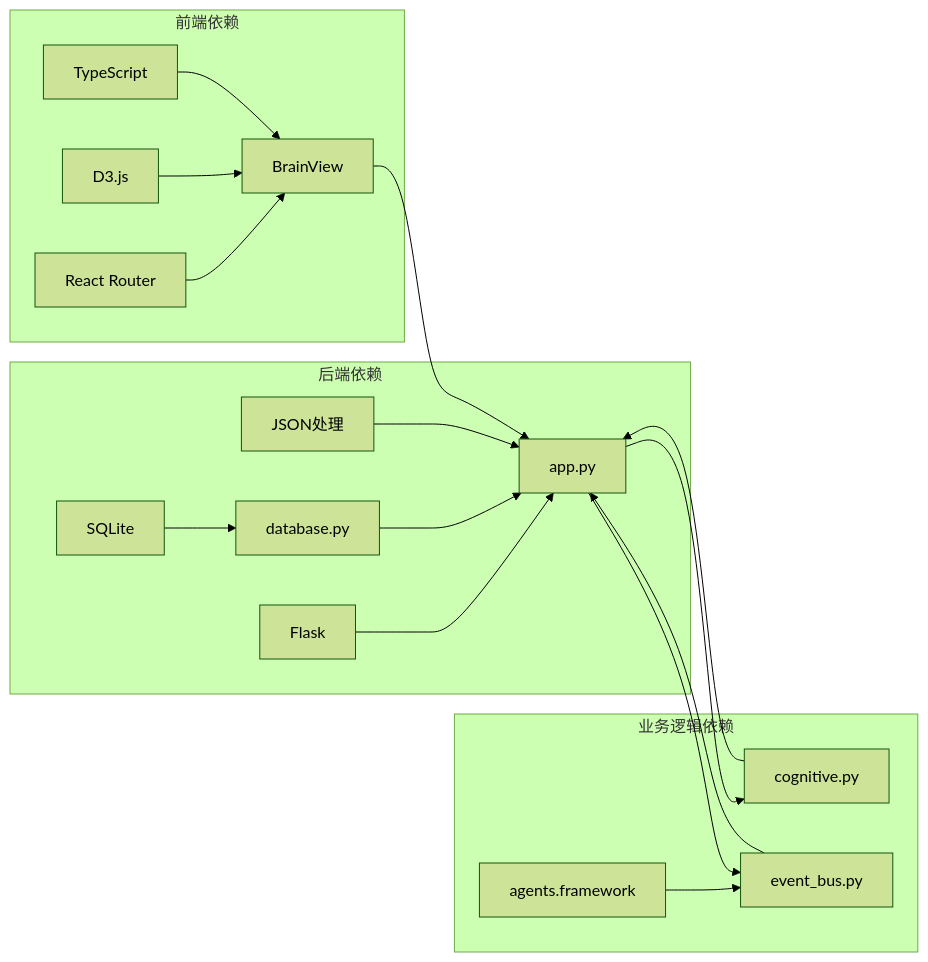
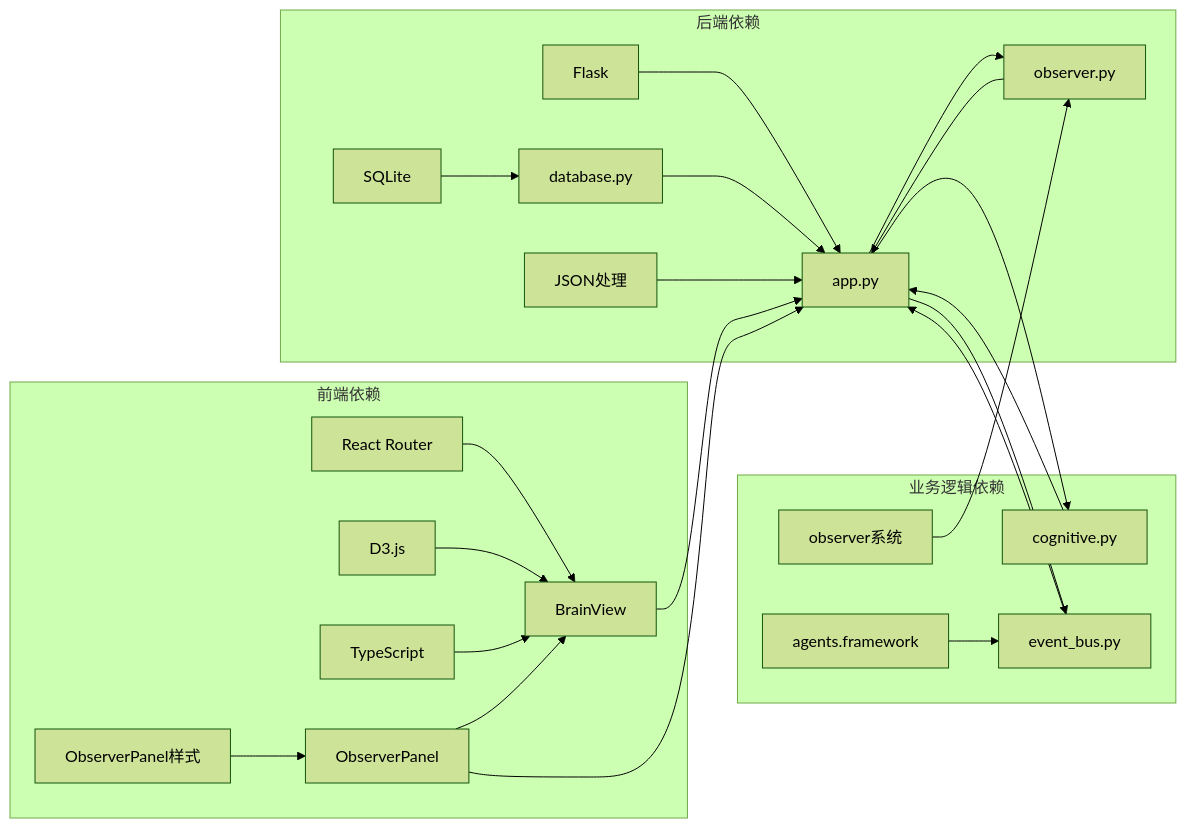
Before and after one commit to GDY-ai/ainstein: the seventh of 7 diagrams in .qoder/repowiki/zh/content/前端应用/知识图谱可视化.md, drawn with Mermaid (forest theme). The commit also changed other lines of this file and 19 other files, not shown here.

````diff
--- a/.qoder/repowiki/zh/content/前端应用/知识图谱可视化.md
+++ b/.qoder/repowiki/zh/content/前端应用/知识图谱可视化.md
@@ -259,22 +340,28 @@
 ```mermaid
 graph LR
 subgraph "前端依赖"
 A[React Router] --> B[BrainView]
 C[D3.js] --> B
 D[TypeScript] --> B
+E[ObserverPanel] --> B
+F[ObserverPanel样式] --> E
 end
 subgraph "后端依赖"
-E[Flask] --> F[app.py]
-G[SQLite] --> H[database.py]
-H --> F
-I[JSON处理] --> F
+G[Flask] --> H[app.py]
+I[SQLite] --> J[database.py]
+J --> H
+K[JSON处理] --> H
+L[observer.py] --> H
 end
 subgraph "业务逻辑依赖"
-J[cognitive.py] --> F
-K[event_bus.py] --> F
-L[agents.framework] --> K
+M[cognitive.py] --> H
+N[event_bus.py] --> H
+O[agents.framework] --> N
+P[observer系统] --> L
 end
-B --> F
-F --> J
-F --> K
+B --> H
+H --> M
+H --> L
+H --> N
+E --> H
 ```
````
